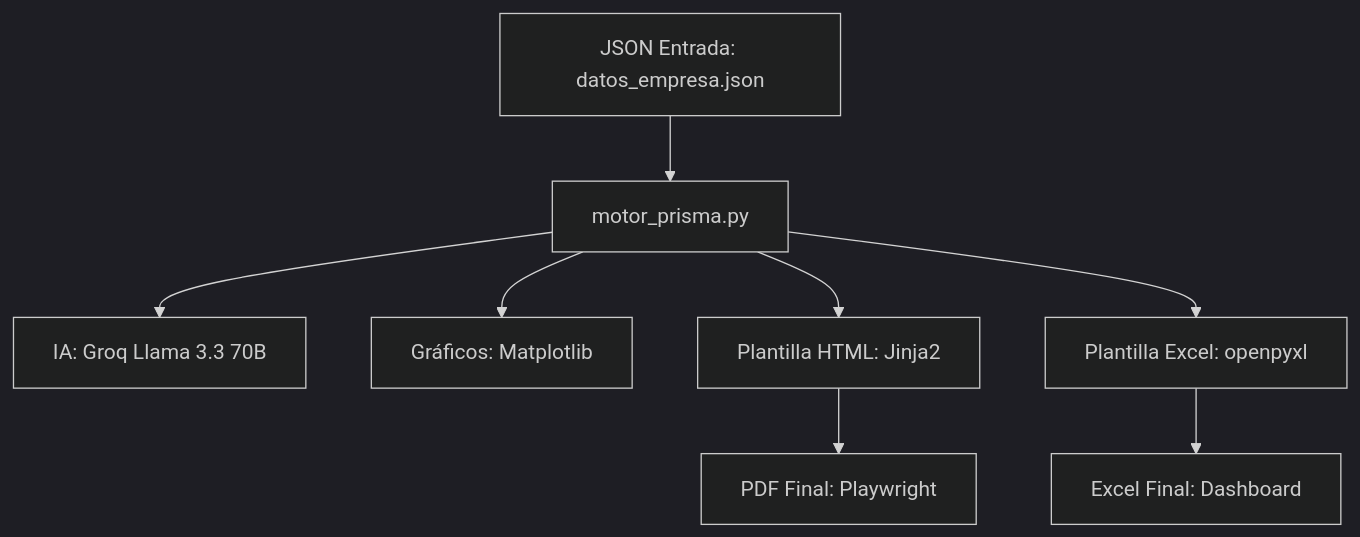
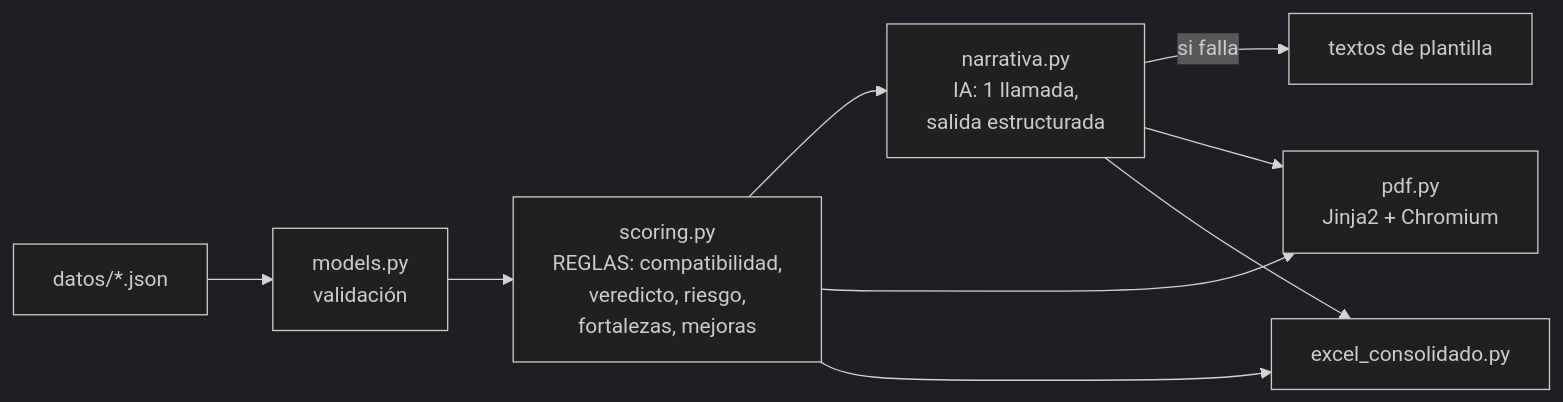
Before and after one commit to ortzigaraio/IA-PDF_creator: the diagram in README.md, drawn with Mermaid (dark theme). The commit also changed other lines of this file and 69 other files, not shown here.

````diff
--- a/README.md
+++ b/README.md
@@ -8,10 +11,11 @@
 ```mermaid
-graph TD
-    A[JSON Entrada: datos_empresa.json] --> B[motor_prisma.py]
-    B --> C[IA: Groq Llama 3.3 70B]
-    B --> D[Gráficos: Matplotlib]
-    B --> E[Plantilla HTML: Jinja2]
-    B --> F[Plantilla Excel: openpyxl]
-    E --> G[PDF Final: Playwright]
-    F --> H[Excel Final: Dashboard]
+graph LR
+    A[datos/*.json] --> B[models.py<br>validación]
+    B --> C[scoring.py<br>REGLAS: compatibilidad,<br>veredicto, riesgo,<br>fortalezas, mejoras]
+    C --> D[narrativa.py<br>IA: 1 llamada,<br>salida estructurada]
+    D -->|si falla| E[textos de plantilla]
+    C --> F[pdf.py<br>Jinja2 + Chromium]
+    D --> F
+    C --> G[excel_consolidado.py]
+    D --> G
 ```
````
